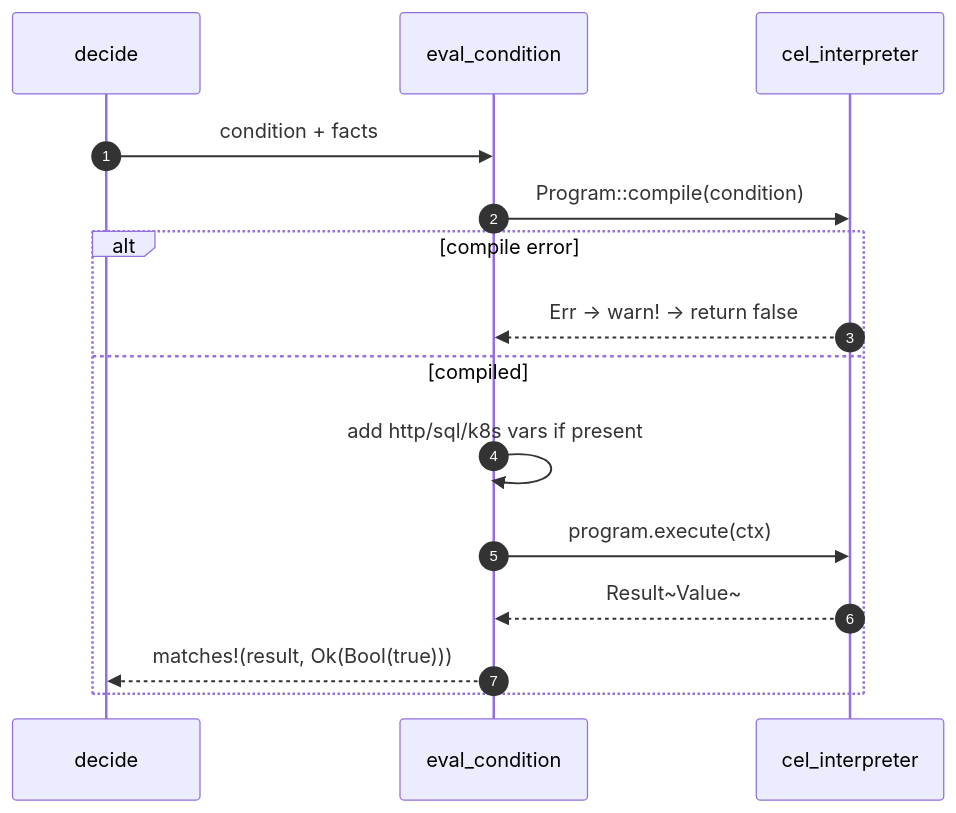
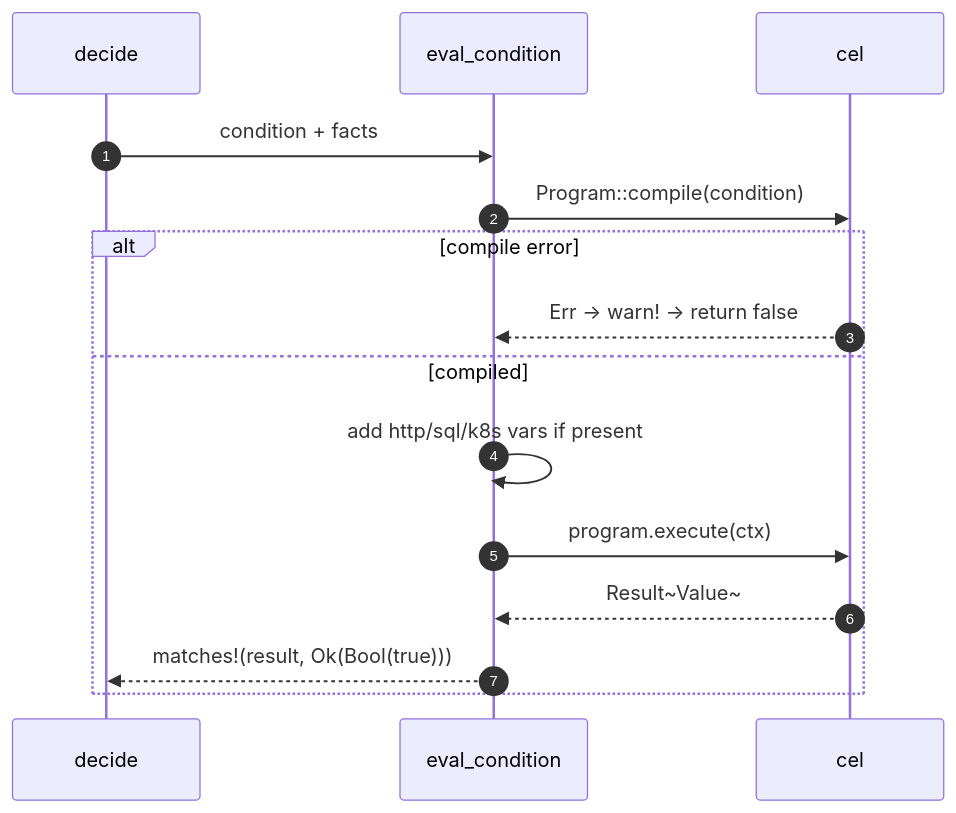
One commit to pleaseai/honmoon changed the third of 3 diagrams in wiki/deep-dive/policy-engine.md. Above: the diagram before and after it, drawn with Mermaid. The commit also changed other lines of this file and 16 other files, not shown here.

````diff
--- a/wiki/deep-dive/policy-engine.md
+++ b/wiki/deep-dive/policy-engine.md
@@ -140,17 +140,17 @@
 ```mermaid
 sequenceDiagram
   autonumber
   participant D as decide
   participant EC as eval_condition
-  participant CEL as cel_interpreter
+  participant CEL as cel
   D->>EC: condition + facts
   EC->>CEL: Program::compile(condition)
   alt compile error
     CEL-->>EC: Err → warn! → return false
   else compiled
     EC->>EC: add http/sql/k8s vars if present
     EC->>CEL: program.execute(ctx)
     CEL-->>EC: Result~Value~
     EC-->>D: matches!(result, Ok(Bool(true)))
   end
 ```
````
